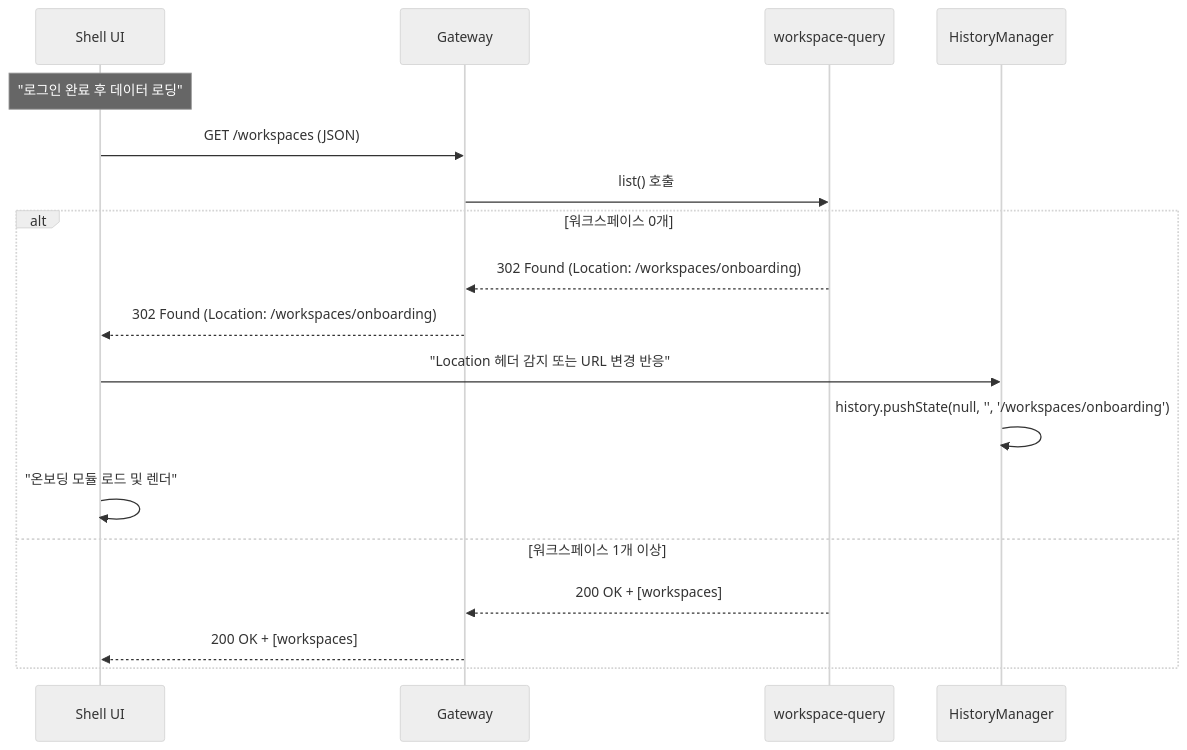
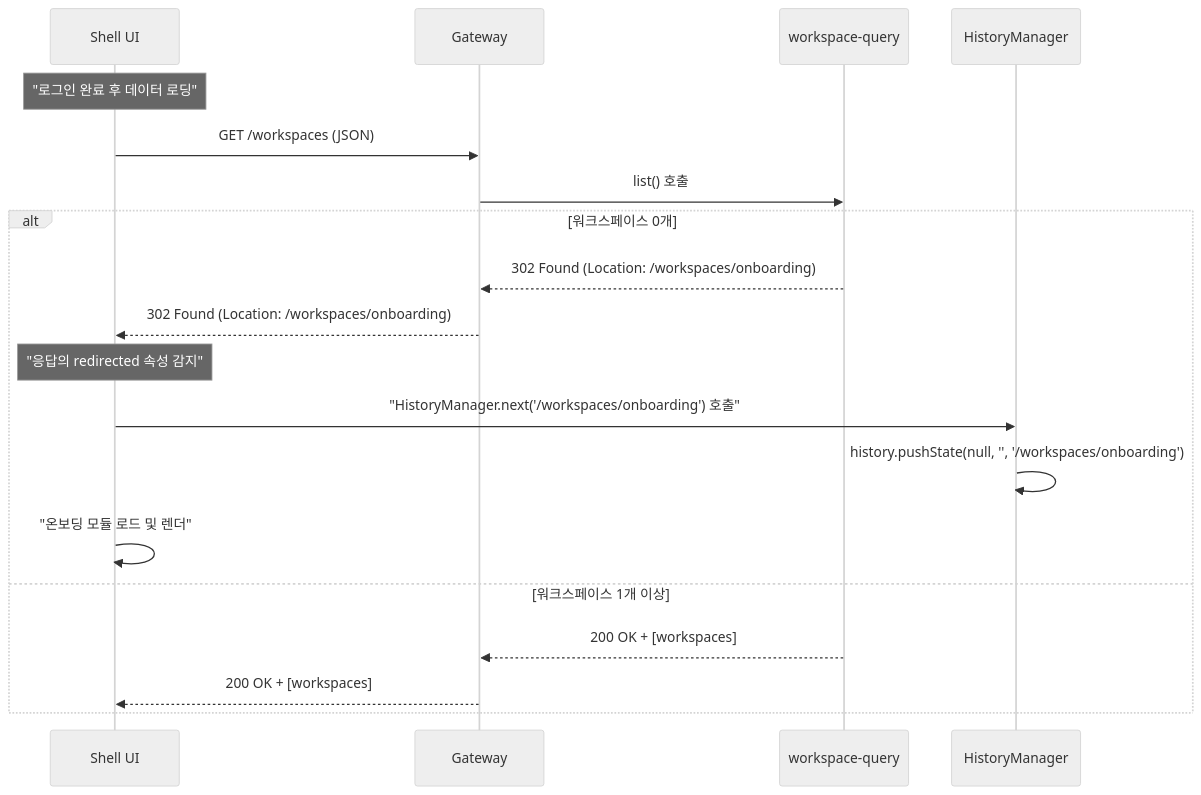
The third of 11 diagrams in docs/architecture.md (sayaya1090/handbook), drawn with Mermaid (neutral theme) before and after one commit. The commit also changed other lines of this file and 19 other files, not shown here.

````diff
--- a/docs/architecture.md
+++ b/docs/architecture.md
@@ -183,21 +183,22 @@
 ```mermaid
 sequenceDiagram
     participant Shell as Shell UI
     participant GW as Gateway
     participant SW as workspace-query
     participant H as HistoryManager
 
     Note over Shell: "로그인 완료 후 데이터 로딩"
     Shell->>GW: GET /workspaces (JSON)
     GW->>SW: list() 호출
     alt 워크스페이스 0개
         SW-->>GW: 302 Found (Location: /workspaces/onboarding)
         GW-->>Shell: 302 Found (Location: /workspaces/onboarding)
-        Shell->>H: "Location 헤더 감지 또는 URL 변경 반응"
+        Note over Shell: "응답의 redirected 속성 감지"
+        Shell->>H: "HistoryManager.next('/workspaces/onboarding') 호출"
         H->>H: history.pushState(null, '', '/workspaces/onboarding')
         Shell->>Shell: "온보딩 모듈 로드 및 렌더"
     else 워크스페이스 1개 이상
         SW-->>GW: 200 OK + [workspaces]
         GW-->>Shell: 200 OK + [workspaces]
     end
 ```
````
